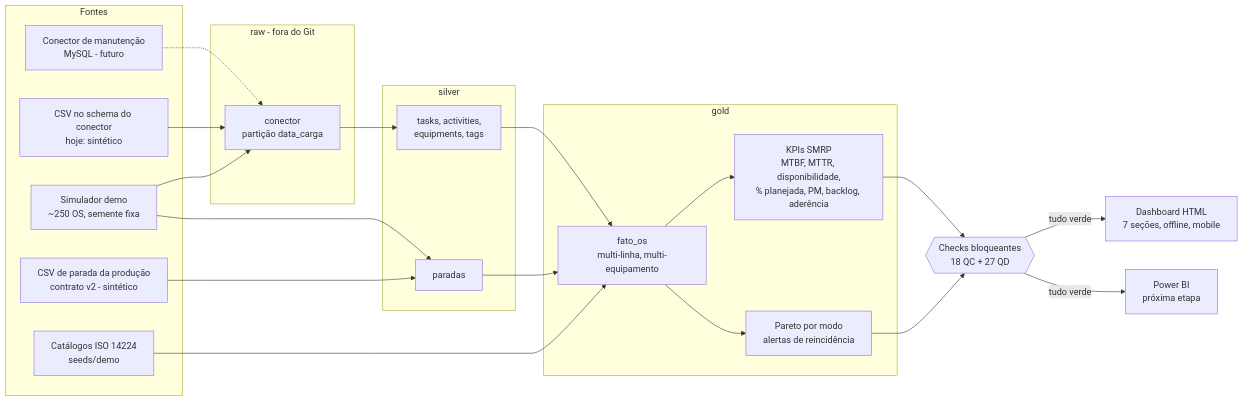
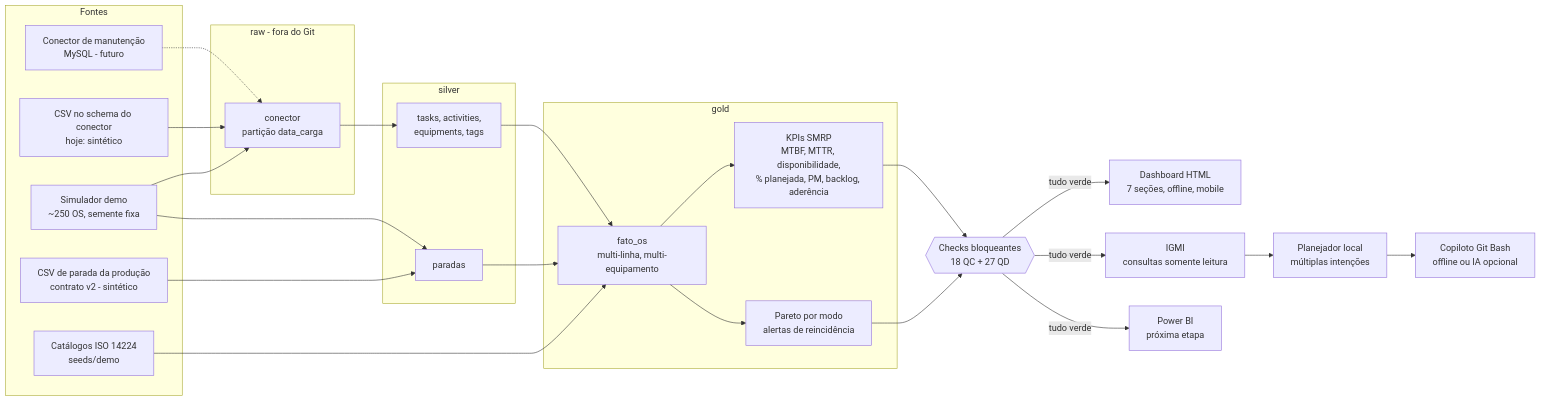
One commit to DenisPaulo/IGMI---Inteligencia-de-Gestao-da-Manutencao-Industrial changed the diagram in README.md. Above: the diagram before and after it, drawn with Mermaid. The commit also changed other lines of this file and 7 other files, not shown here.

````diff
--- a/README.md
+++ b/README.md
@@ -13,41 +13,47 @@
 ```mermaid
 flowchart LR
     subgraph FONTES["Fontes"]
         MC["Conector de manutenção<br/>MySQL - futuro"]
         CSV["CSV no schema do conector<br/>hoje: sintético"]
         SIM["Simulador demo<br/>~250 OS, semente fixa"]
         PAR["CSV de parada da produção<br/>contrato v2 - sintético"]
         CAT["Catálogos ISO 14224<br/>seeds/demo"]
     end
     subgraph RAW["raw - fora do Git"]
         RC["conector<br/>partição data_carga"]
     end
     subgraph SILVER["silver"]
         ST["tasks, activities,<br/>equipments, tags"]
         SP["paradas"]
     end
     subgraph GOLD["gold"]
         FO["fato_os<br/>multi-linha, multi-equipamento"]
         KPI["KPIs SMRP<br/>MTBF, MTTR, disponibilidade,<br/>% planejada, PM, backlog, aderência"]
         REL["Pareto por modo<br/>alertas de reincidência"]
     end
     QC{{"Checks bloqueantes<br/>18 QC + 27 QD"}}
     DASH["Dashboard HTML<br/>7 seções, offline, mobile"]
+    IGMI["IGMI<br/>consultas somente leitura"]
+    PLAN["Planejador local<br/>múltiplas intenções"]
+    COP["Copiloto Git Bash<br/>offline ou IA opcional"]
     PBI["Power BI<br/>próxima etapa"]
 
     MC -.-> RC
     CSV --> RC
     SIM --> RC
     SIM --> SP
     PAR --> SP
     RC --> ST
     ST --> FO
     SP --> FO
     CAT --> FO
     FO --> KPI
     FO --> REL
     KPI --> QC
     REL --> QC
     QC -->|tudo verde| DASH
+    QC -->|tudo verde| IGMI
+    IGMI --> PLAN
+    PLAN --> COP
     QC -->|tudo verde| PBI
 ```
````
